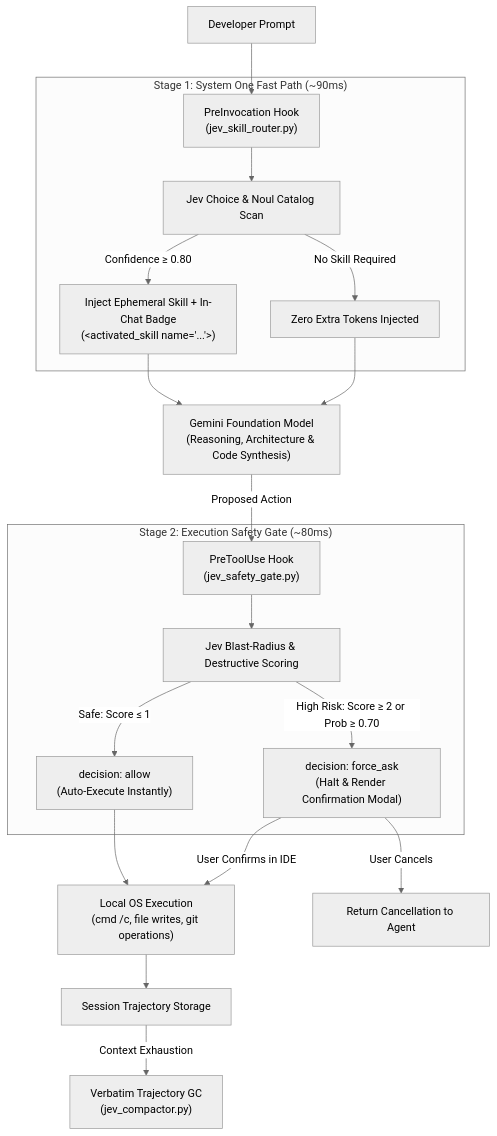
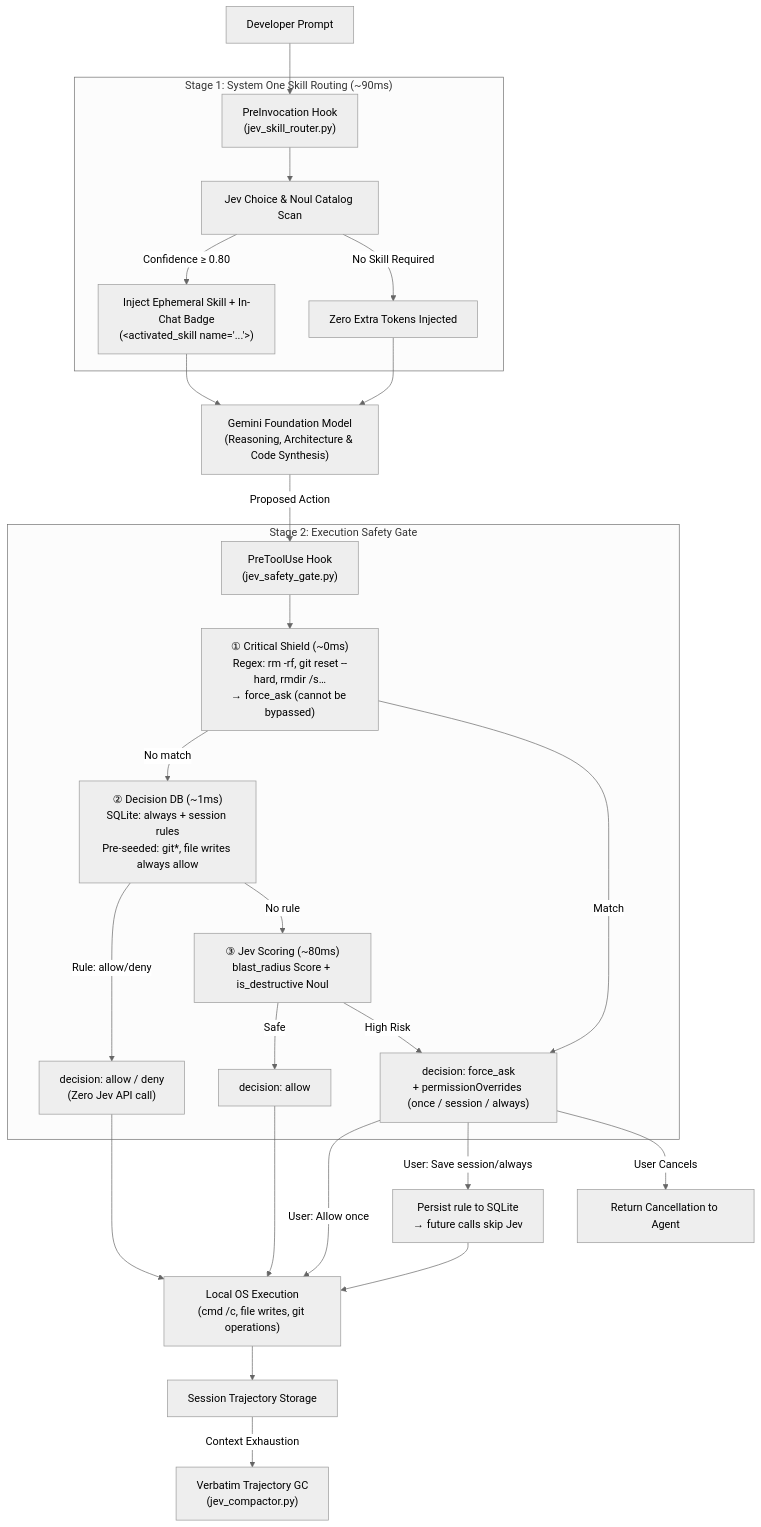
The diagram in README.md (Ajasra/jev-hooks), drawn with Mermaid (neutral theme) before and after one commit. The commit also changed other lines of this file and 1 other file, not shown here.

Commit message:
docs: update README and Proposal D to document 3-stage safety gate pipeline

````diff
--- a/README.md
+++ b/README.md
@@ -62,28 +62,35 @@
 ```mermaid
 flowchart TD
     UserPrompt["Developer Prompt"] --> Hook_PreInv["PreInvocation Hook<br/>(jev_skill_router.py)"]
-    
-    subgraph S1 ["Stage 1: System One Fast Path (~90ms)"]
+
+    subgraph S1 ["Stage 1: System One Skill Routing (~90ms)"]
         Hook_PreInv --> JevChoice["Jev Choice & Noul Catalog Scan"]
         JevChoice -->|Confidence ≥ 0.80| InjectBadge["Inject Ephemeral Skill + In-Chat Badge<br/>(&lt;activated_skill name='...'&gt;)"]
         JevChoice -->|No Skill Required| CleanPrompt["Zero Extra Tokens Injected"]
     end
-    
+
     InjectBadge --> LLM_Turn["Gemini Foundation Model<br/>(Reasoning, Architecture & Code Synthesis)"]
     CleanPrompt --> LLM_Turn
-    
+
     LLM_Turn -->|Proposed Action| Hook_PreTool["PreToolUse Hook<br/>(jev_safety_gate.py)"]
-    
-    subgraph S2 ["Stage 2: Execution Safety Gate (~80ms)"]
-        Hook_PreTool --> JevBlast["Jev Blast-Radius & Destructive Scoring"]
-        JevBlast -->|Safe: Score ≤ 1| AutoAllow["decision: allow<br/>(Auto-Execute Instantly)"]
-        JevBlast -->|High Risk: Score ≥ 2 or Prob ≥ 0.70| Intercept["decision: force_ask<br/>(Halt & Render Confirmation Modal)"]
+
+    subgraph S2 ["Stage 2: Execution Safety Gate"]
+        Hook_PreTool --> CritShield["① Critical Shield (~0ms)<br/>Regex: rm -rf, git reset --hard, rmdir /s…<br/>→ force_ask (cannot be bypassed)"]
+        CritShield -->|No match| DBLookup["② Decision DB (~1ms)<br/>SQLite: always + session rules<br/>Pre-seeded: git*, file writes always allow"]
+        DBLookup -->|Rule: allow/deny| DBResult["decision: allow / deny<br/>(Zero Jev API call)"]
+        DBLookup -->|No rule| JevBlast["③ Jev Scoring (~80ms)<br/>blast_radius Score + is_destructive Noul"]
+        JevBlast -->|Safe| AutoAllow["decision: allow"]
+        JevBlast -->|High Risk| ForceAsk["decision: force_ask<br/>+ permissionOverrides (once / session / always)"]
     end
-    
-    AutoAllow --> ToolExec["Local OS Execution<br/>(cmd /c, file writes, git operations)"]
-    Intercept -->|User Confirms in IDE| ToolExec
-    Intercept -->|User Cancels| AbortAction["Return Cancellation to Agent"]
-    
+
+    CritShield -->|Match| ForceAsk
+    DBResult --> ToolExec["Local OS Execution<br/>(cmd /c, file writes, git operations)"]
+    AutoAllow --> ToolExec
+    ForceAsk -->|User: Allow once| ToolExec
+    ForceAsk -->|User: Save session/always| SaveDB["Persist rule to SQLite<br/>→ future calls skip Jev"]
+    SaveDB --> ToolExec
+    ForceAsk -->|User Cancels| AbortAction["Return Cancellation to Agent"]
+
     ToolExec --> SessionStore["Session Trajectory Storage"]
     SessionStore -->|Context Exhaustion| JevCompactor["Verbatim Trajectory GC<br/>(jev_compactor.py)"]
 ```
````
